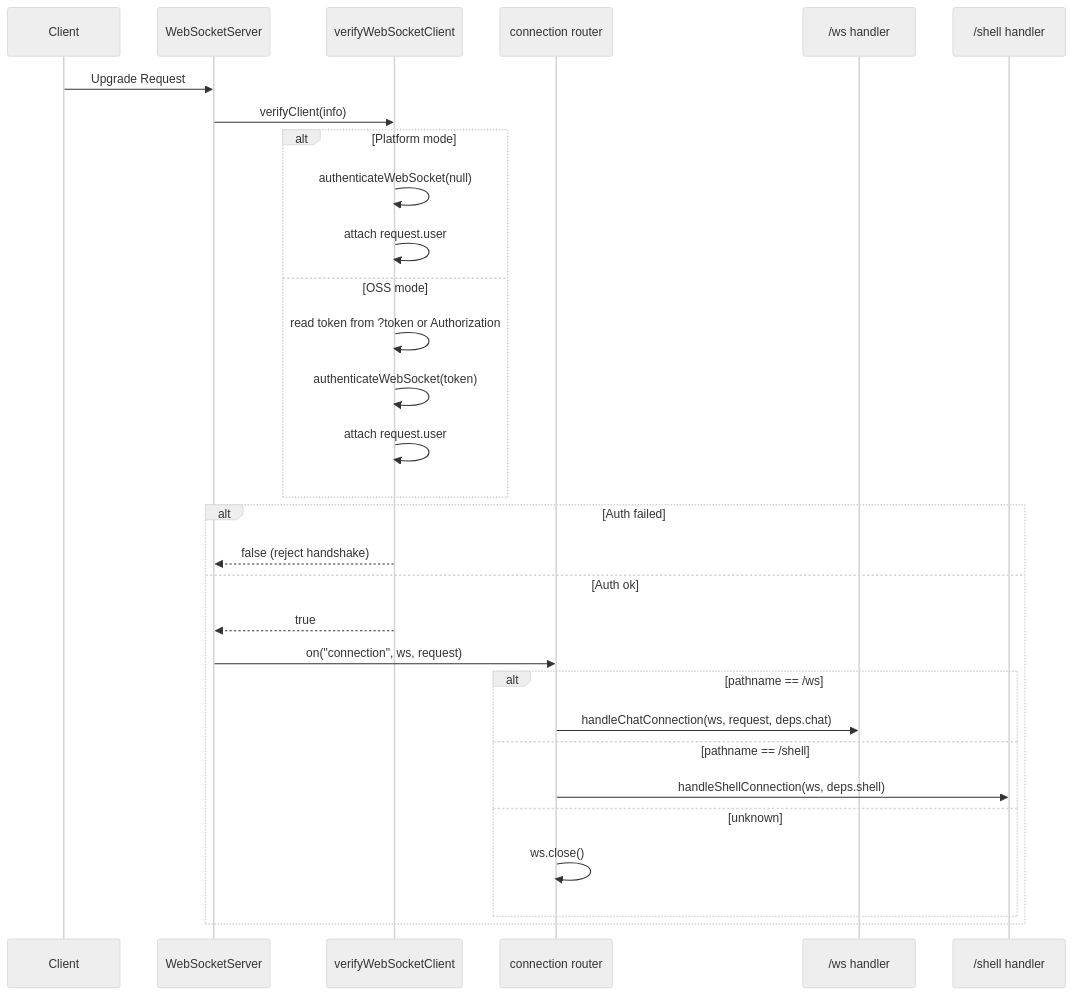
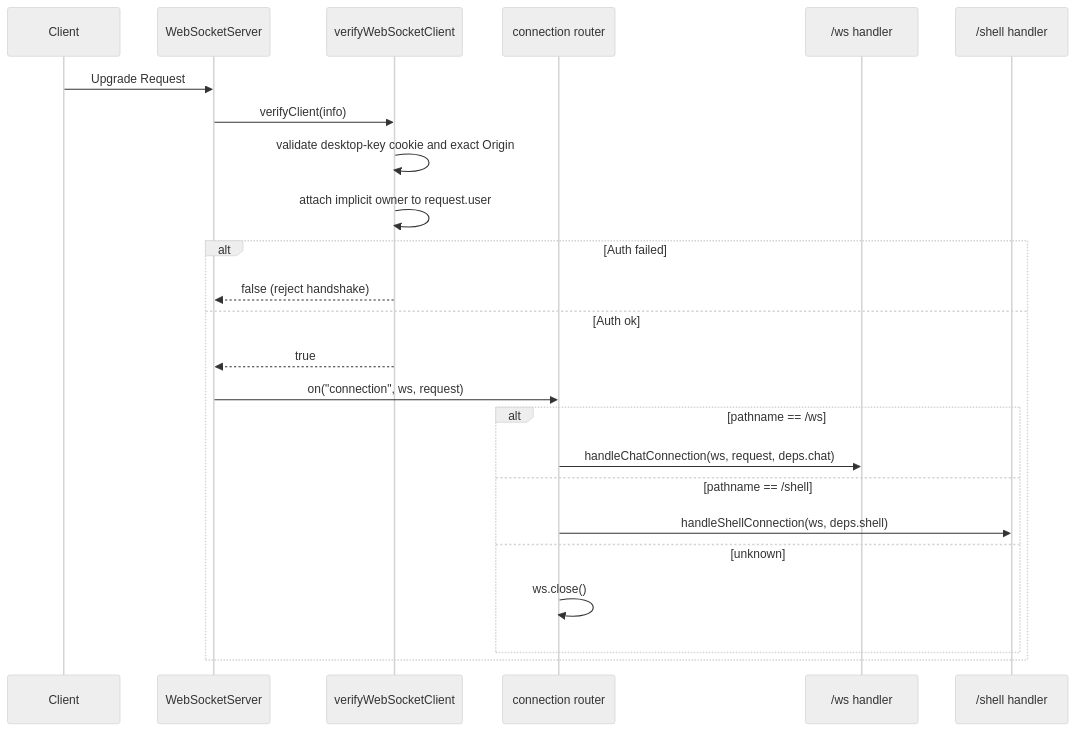
One commit to devswha/gajae-app changed the second of 4 diagrams in server/modules/websocket/README.md. Above: the diagram before and after it, drawn with Mermaid (neutral theme). The commit also changed 48 other files, not shown here.

First line of the commit message:
chore(wave6): remove multi-user auth stack — desktop-key auth only

````diff
--- a/server/modules/websocket/README.md
+++ b/server/modules/websocket/README.md
@@ -63,34 +63,28 @@
 ```mermaid
 sequenceDiagram
   participant Client
   participant WSS as WebSocketServer
   participant Auth as verifyWebSocketClient
   participant Router as connection router
   participant Chat as /ws handler
   participant Shell as /shell handler
 
   Client->>WSS: Upgrade Request
   WSS->>Auth: verifyClient(info)
-  alt Platform mode
-    Auth->>Auth: authenticateWebSocket(null)
-    Auth->>Auth: attach request.user
-  else OSS mode
-    Auth->>Auth: read token from ?token or Authorization
-    Auth->>Auth: authenticateWebSocket(token)
-    Auth->>Auth: attach request.user
-  end
+  Auth->>Auth: validate desktop-key cookie and exact Origin
+  Auth->>Auth: attach implicit owner to request.user
 
   alt Auth failed
     Auth-->>WSS: false (reject handshake)
   else Auth ok
     Auth-->>WSS: true
     WSS->>Router: on("connection", ws, request)
     alt pathname == /ws
       Router->>Chat: handleChatConnection(ws, request, deps.chat)
     else pathname == /shell
       Router->>Shell: handleShellConnection(ws, deps.shell)
     else unknown
       Router->>Router: ws.close()
     end
   end
 ```
````
